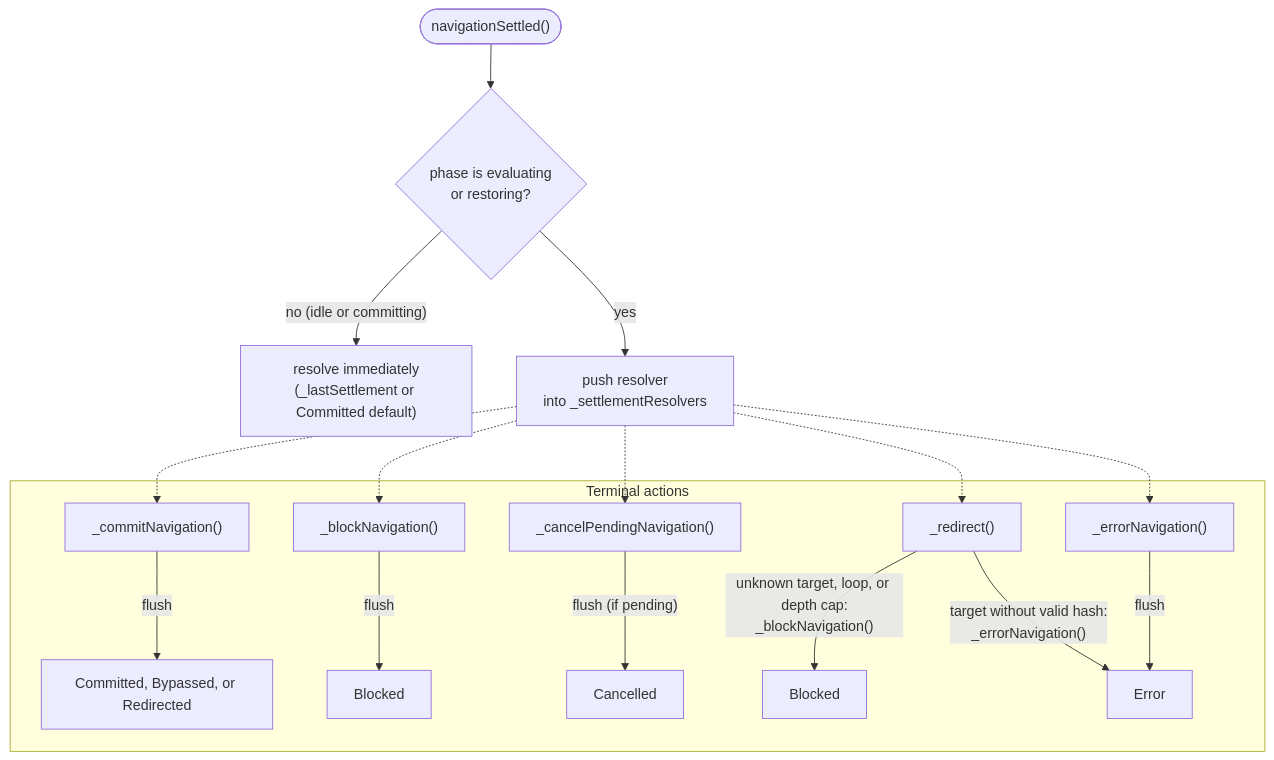
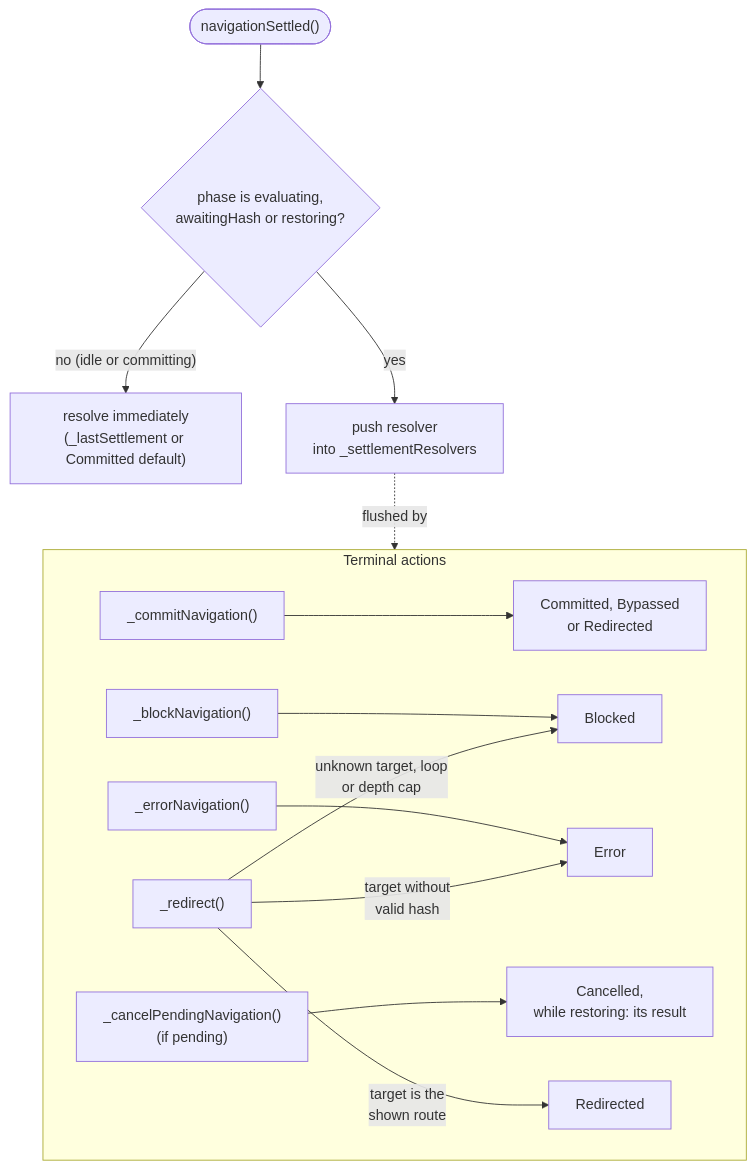
One commit to wridgeu/ui5-lib-guard-router changed the seventh of 12 diagrams in docs/reference/architecture.md. Above: the diagram before and after it, drawn with Mermaid. The commit also changed other lines of this file and 6 other files, not shown here.

First line of the commit message:
docs: draw the diagrams narrow, one case each, and colour the overview

````diff
--- a/docs/reference/architecture.md
+++ b/docs/reference/architecture.md
@@ -747,21 +738,18 @@
 ```mermaid
 flowchart TD
-    call(["navigationSettled()"]) --> pending{phase is evaluating<br/>or restoring?}
+    call(["navigationSettled()"]) --> pending{"phase is evaluating,<br/>awaitingHash or restoring?"}
     pending -- "no (idle or committing)" --> immediate["resolve immediately<br/>(_lastSettlement or Committed default)"]
     pending -- "yes" --> push["push resolver<br/>into _settlementResolvers"]
+    push -. "flushed by" .-> actions
 
-    subgraph "Terminal actions"
-        commit["_commitNavigation()"] -- "flush" --> fcommit["Committed, Bypassed, or Redirected"]
-        block["_blockNavigation()"] -- "flush" --> fblock["Blocked"]
-        cancel["_cancelPendingNavigation()"] -- "flush (if pending)" --> fcancel["Cancelled"]
-        redirect["_redirect()"] -- "unknown target, loop, or depth cap:<br/>_blockNavigation()" --> fredirect["Blocked"]
-        errornav["_errorNavigation()"] -- "flush" --> ferror["Error"]
-        redirect -- "target without valid hash:<br/>_errorNavigation()" --> ferror
+    subgraph actions ["Terminal actions"]
+        direction LR
+        commit["_commitNavigation()"] --> fcommit["Committed, Bypassed<br/>or Redirected"]
+        block["_blockNavigation()"] --> fblock["Blocked"]
+        errornav["_errorNavigation()"] --> ferror["Error"]
+        cancel["_cancelPendingNavigation()<br/>(if pending)"] --> fcancel["Cancelled,<br/>while restoring: its result"]
+        redirect["_redirect()"] -- "unknown target, loop<br/>or depth cap" --> fblock
+        redirect -- "target without<br/>valid hash" --> ferror
+        redirect -- "target is the<br/>shown route" --> fredirect["Redirected"]
     end
-
-    push -.-> commit
-    push -.-> block
-    push -.-> cancel
-    push -.-> redirect
-    push -.-> errornav
 ```
````
